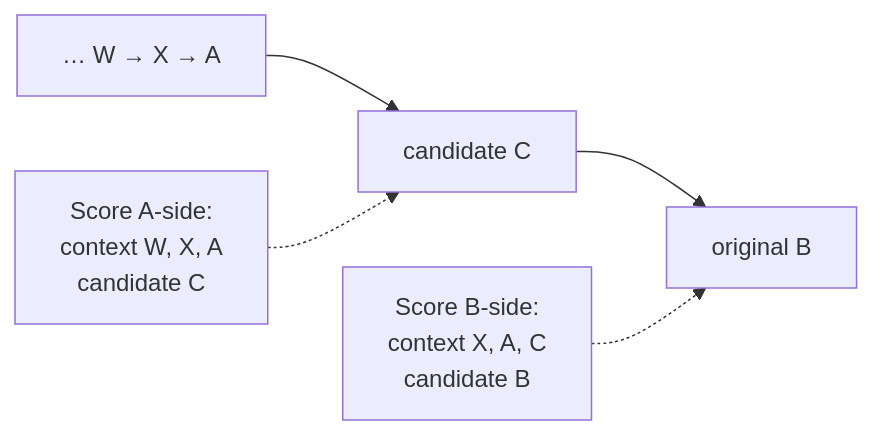
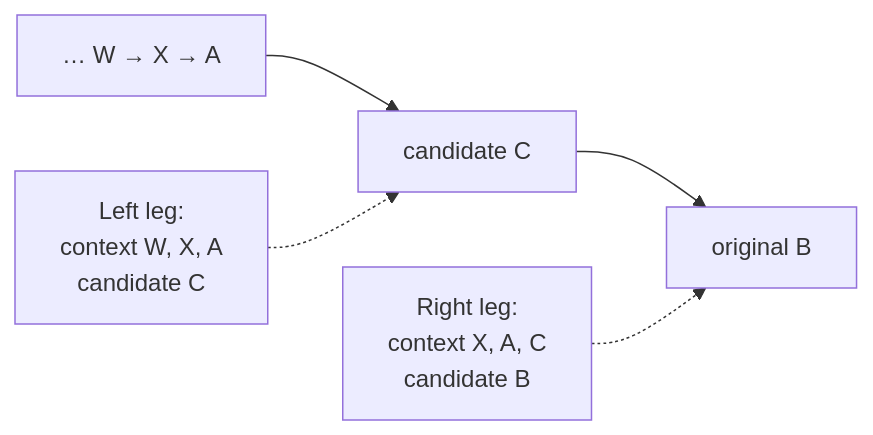
One commit to chrober/lms-better-call-bliss changed the third of 7 diagrams in ALGORITHMS.md. Above: the diagram before and after it, drawn with Mermaid. The commit also changed other lines of this file, not shown here.

```diff
--- a/ALGORITHMS.md
+++ b/ALGORITHMS.md
@@ -139,7 +190,7 @@
 ~~~mermaid
 flowchart LR
     P["… W → X → A"] --> C["candidate C"]
     C --> B["original B"]
-    L["Score A-side:<br/>context W, X, A<br/>candidate C"] -.-> C
-    R["Score B-side:<br/>context X, A, C<br/>candidate B"] -.-> B
+    L["Left leg:<br/>context W, X, A<br/>candidate C"] -.-> C
+    R["Right leg:<br/>context X, A, C<br/>candidate B"] -.-> B
 ~~~
```
